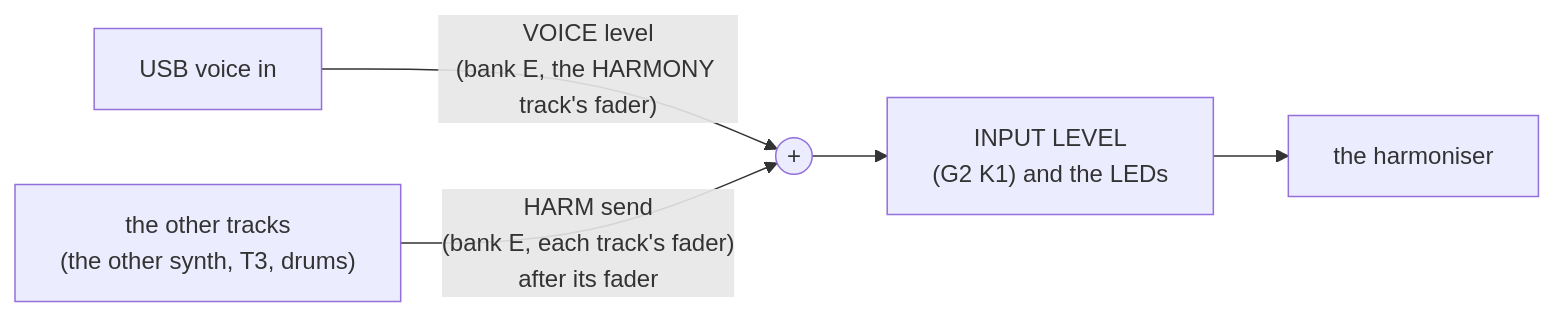
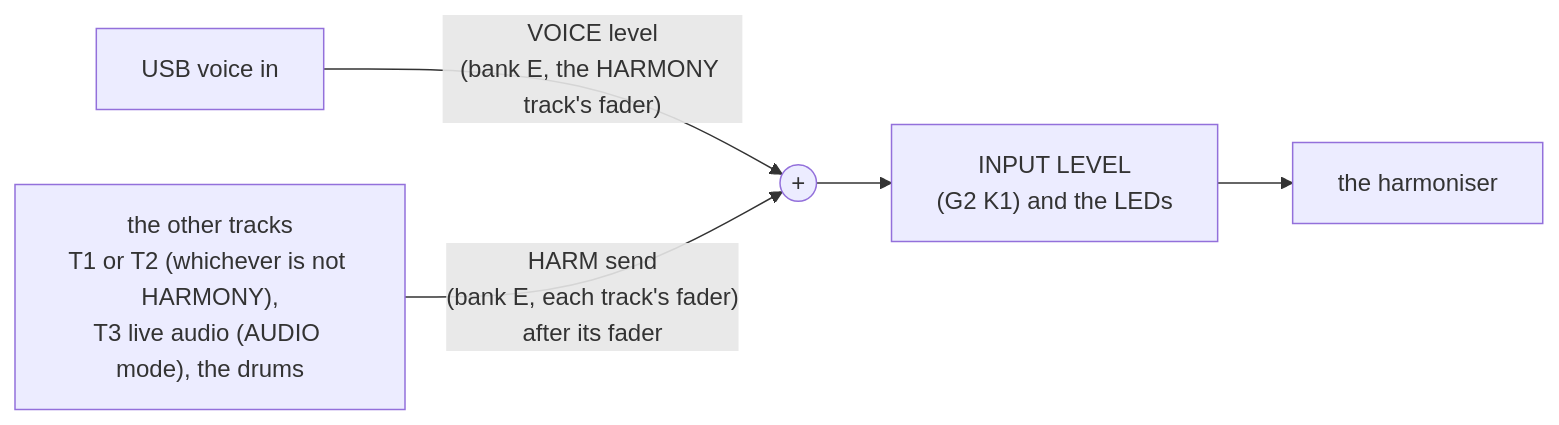
The second of 2 diagrams in HARMONISER.md (MiloMeowzers/sloop-smk37), drawn with Mermaid before and after one commit. The commit also changed other lines of this file, not shown here.

First line of the commit message:
docs(harmoniser): the sources (T1/T2, T3 live audio, drums) and NOTE FROM

````diff
--- a/HARMONISER.md
+++ b/HARMONISER.md
@@ -356,6 +372,6 @@
 ```mermaid
 flowchart LR
   USB["USB voice in"] -->|"VOICE level<br/>(bank E, the HARMONY track's fader)"| MIX(("+"))
-  TA["the other tracks<br/>(the other synth, T3, drums)"] -->|"HARM send<br/>(bank E, each track's fader)<br/>after its fader"| MIX
+  TA["the other tracks<br/>T1 or T2 (whichever is not HARMONY),<br/>T3 live audio (AUDIO mode), the drums"] -->|"HARM send<br/>(bank E, each track's fader)<br/>after its fader"| MIX
   MIX --> IL["INPUT LEVEL<br/>(G2 K1) and the LEDs"] --> H["the harmoniser"]
 ```
````
